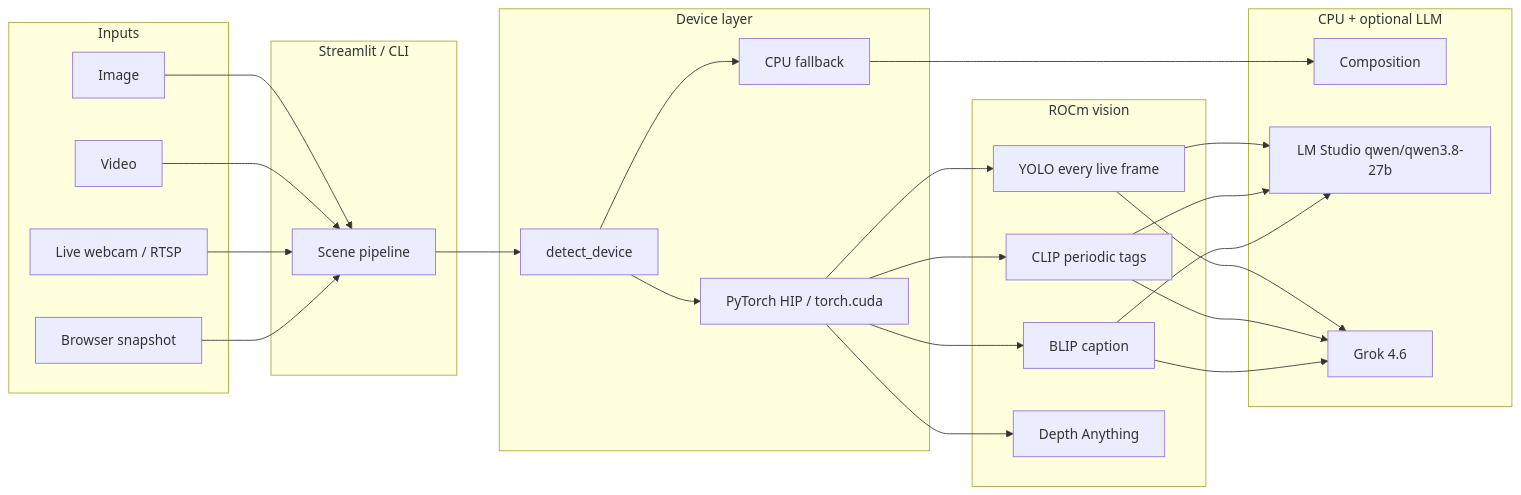
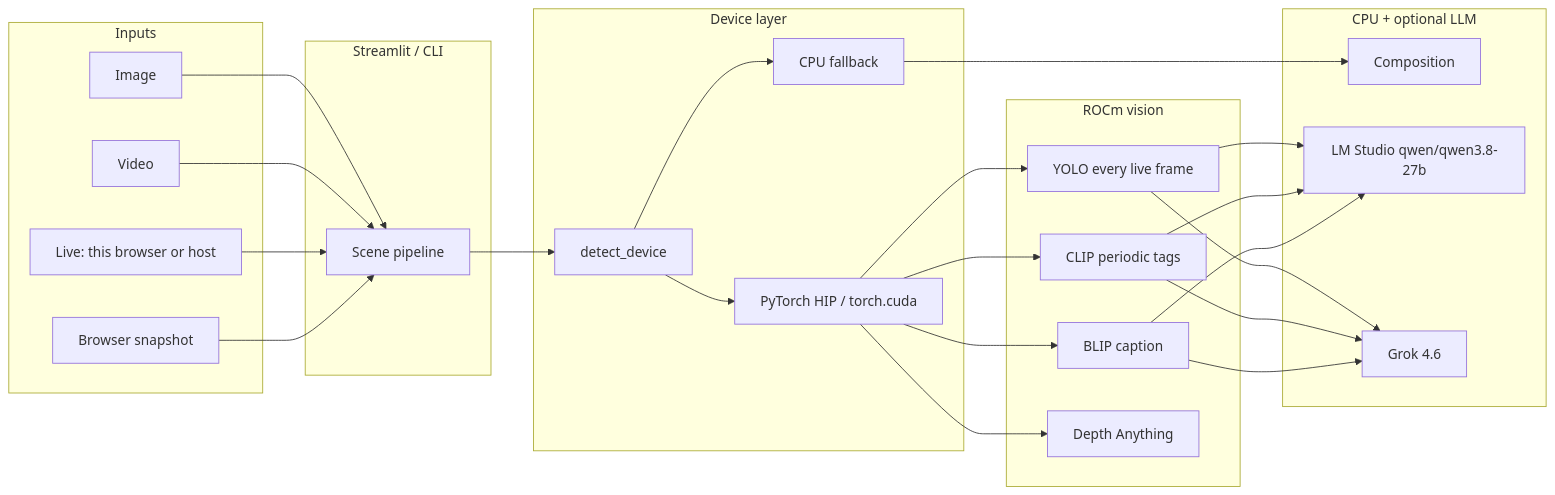
The diagram in README.md (myers-media/scene-analysis-rocm), drawn with Mermaid before and after one commit. The commit also changed other lines of this file and 15 other files, not shown here.

````diff
--- a/README.md
+++ b/README.md
@@ -52,46 +63,46 @@
 ```mermaid
 flowchart LR
   subgraph inputs [Inputs]
     Image[Image]
     Video[Video]
-    Live[Live webcam / RTSP]
+    Live[Live: this browser or host]
     Snap[Browser snapshot]
   end
   subgraph ui [Streamlit / CLI]
     App[Scene pipeline]
   end
   subgraph device [Device layer]
     Probe[detect_device]
     HIP[PyTorch HIP / torch.cuda]
     CPU[CPU fallback]
   end
   subgraph models [ROCm vision]
     YOLO[YOLO every live frame]
     CLIP[CLIP periodic tags]
     BLIP[BLIP caption]
     Depth[Depth Anything]
   end
   subgraph extra [CPU + optional LLM]
     Comp[Composition]
     LocalLLM[LM Studio qwen/qwen3.8-27b]
     Grok[Grok 4.6]
   end
   Image --> App
   Video --> App
   Live --> App
   Snap --> App
   App --> Probe
   Probe --> HIP
   Probe --> CPU
   HIP --> YOLO
   HIP --> CLIP
   HIP --> BLIP
   HIP --> Depth
   CPU --> Comp
   YOLO --> LocalLLM
   CLIP --> LocalLLM
   BLIP --> LocalLLM
   YOLO --> Grok
   CLIP --> Grok
   BLIP --> Grok
 ```
````
